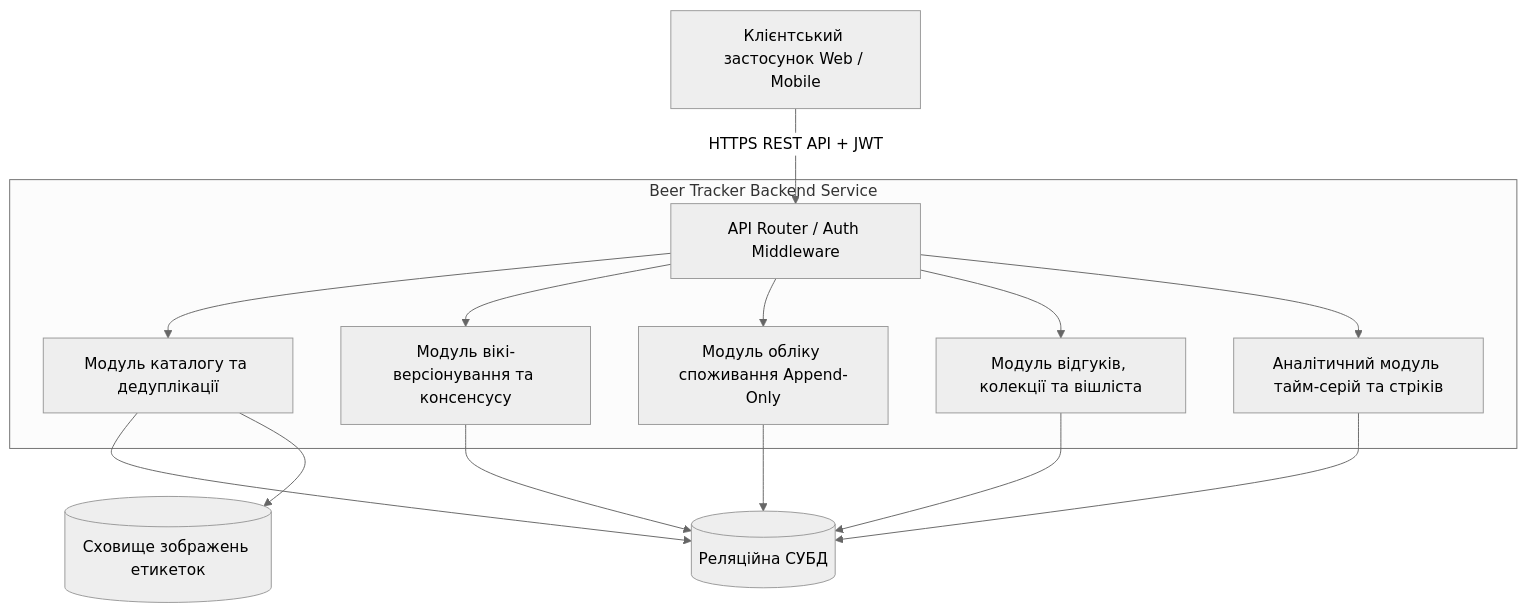
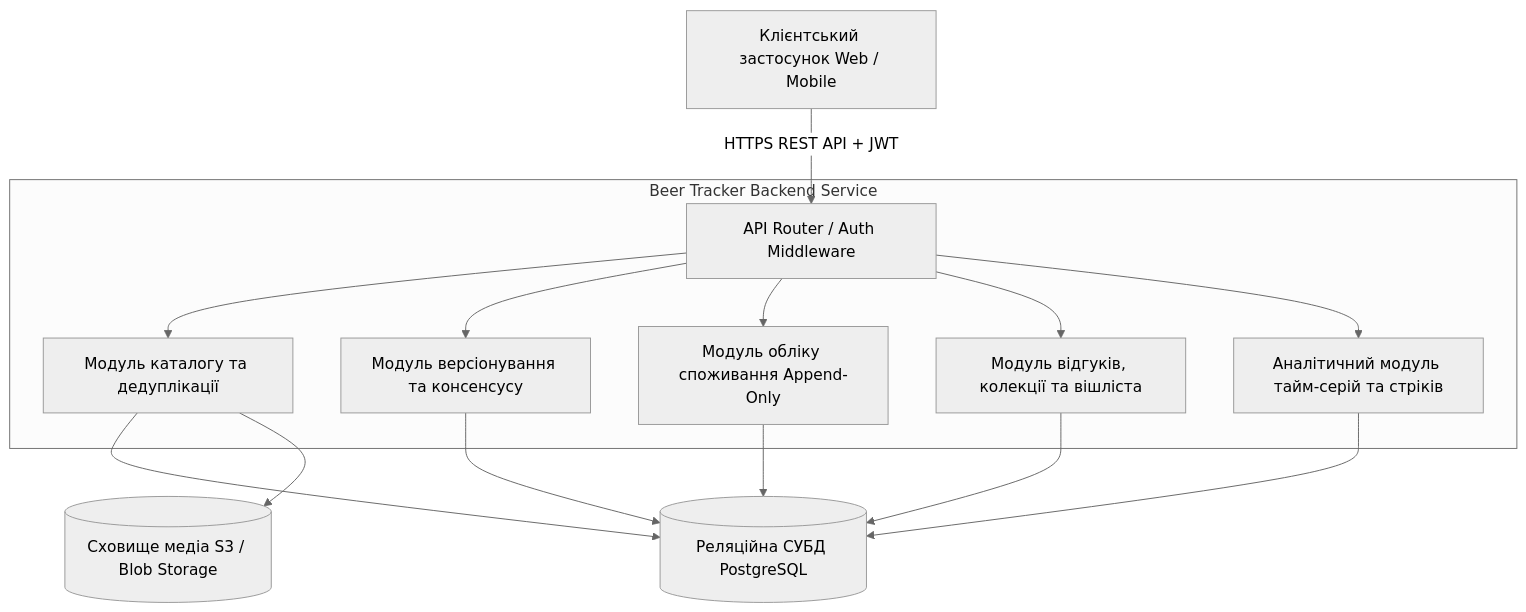
Before and after one commit to MaksymSheliaha/beer-tracker: the first of 2 diagrams in spec/SRS.md, drawn with Mermaid (neutral theme). The commit also changed other lines of this file and 4 other files, not shown here.

````diff
--- a/spec/SRS.md
+++ b/spec/SRS.md
@@ -92,19 +95,19 @@
 ```mermaid
 graph TD
     Client[Клієнтський застосунок Web / Mobile] -->|HTTPS REST API + JWT| Gateway[API Router / Auth Middleware]
     
     subgraph "Beer Tracker Backend Service"
         Gateway --> CatalogModule[Модуль каталогу та дедуплікації]
-        Gateway --> ModerationModule[Модуль вікі-версіонування та консенсусу]
+        Gateway --> ModerationModule[Модуль версіонування та консенсусу]
         Gateway --> ConsumptionModule[Модуль обліку споживання Append-Only]
         Gateway --> ReviewModule[Модуль відгуків, колекції та вішліста]
         Gateway --> AnalyticsModule[Аналітичний модуль тайм-серій та стріків]
     end
 
-    CatalogModule --> DB[(Реляційна СУБД)]
+    CatalogModule --> DB[(Реляційна СУБД PostgreSQL)]
     ModerationModule --> DB
     ConsumptionModule --> DB
     ReviewModule --> DB
     AnalyticsModule --> DB
-    CatalogModule --> Storage[(Сховище зображень етикеток)]
+    CatalogModule --> Storage[(Сховище медіа S3 / Blob Storage)]
 ```
````
